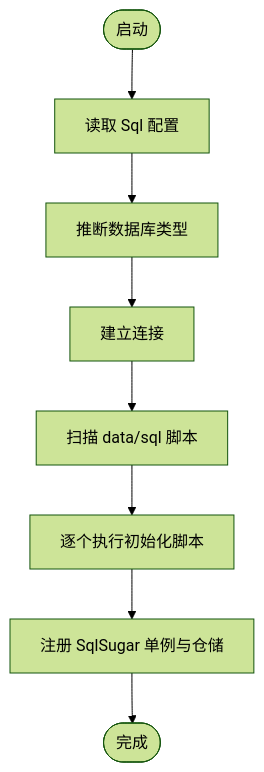
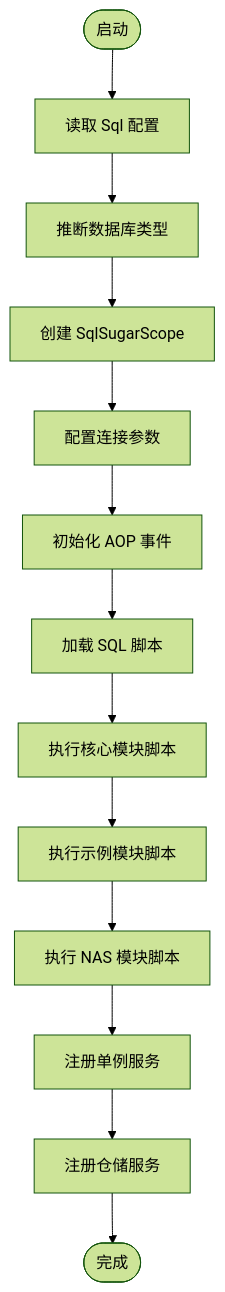
Before and after one commit to leadiot/Scm.Net: the third of 6 diagrams in .qoder/repowiki/zh/content/部署指南/部署指南.md, drawn with Mermaid (forest theme). The commit also changed other lines of this file and 126 other files, not shown here.

````diff
--- a/.qoder/repowiki/zh/content/部署指南/部署指南.md
+++ b/.qoder/repowiki/zh/content/部署指南/部署指南.md
@@ -199,10 +190,15 @@
 ```mermaid
 flowchart TD
 Start(["启动"]) --> LoadCfg["读取 Sql 配置"]
 LoadCfg --> DbType["推断数据库类型"]
-DbType --> Connect["建立连接"]
-Connect --> Scripts["扫描 data/sql 脚本"]
-Scripts --> Exec["逐个执行初始化脚本"]
-Exec --> Register["注册 SqlSugar 单例与仓储"]
-Register --> Done(["完成"])
+DbType --> CreateScope["创建 SqlSugarScope"]
+CreateScope --> SetConfig["配置连接参数"]
+SetConfig --> InitAop["初始化 AOP 事件"]
+InitAop --> LoadScripts["加载 SQL 脚本"]
+LoadScripts --> ExecuteCore["执行核心模块脚本"]
+ExecuteCore --> ExecuteSamples["执行示例模块脚本"]
+ExecuteSamples --> ExecuteNas["执行 NAS 模块脚本"]
+ExecuteNas --> RegisterSingleton["注册单例服务"]
+RegisterSingleton --> RegisterRepository["注册仓储服务"]
+RegisterRepository --> Done(["完成"])
 ```
````
